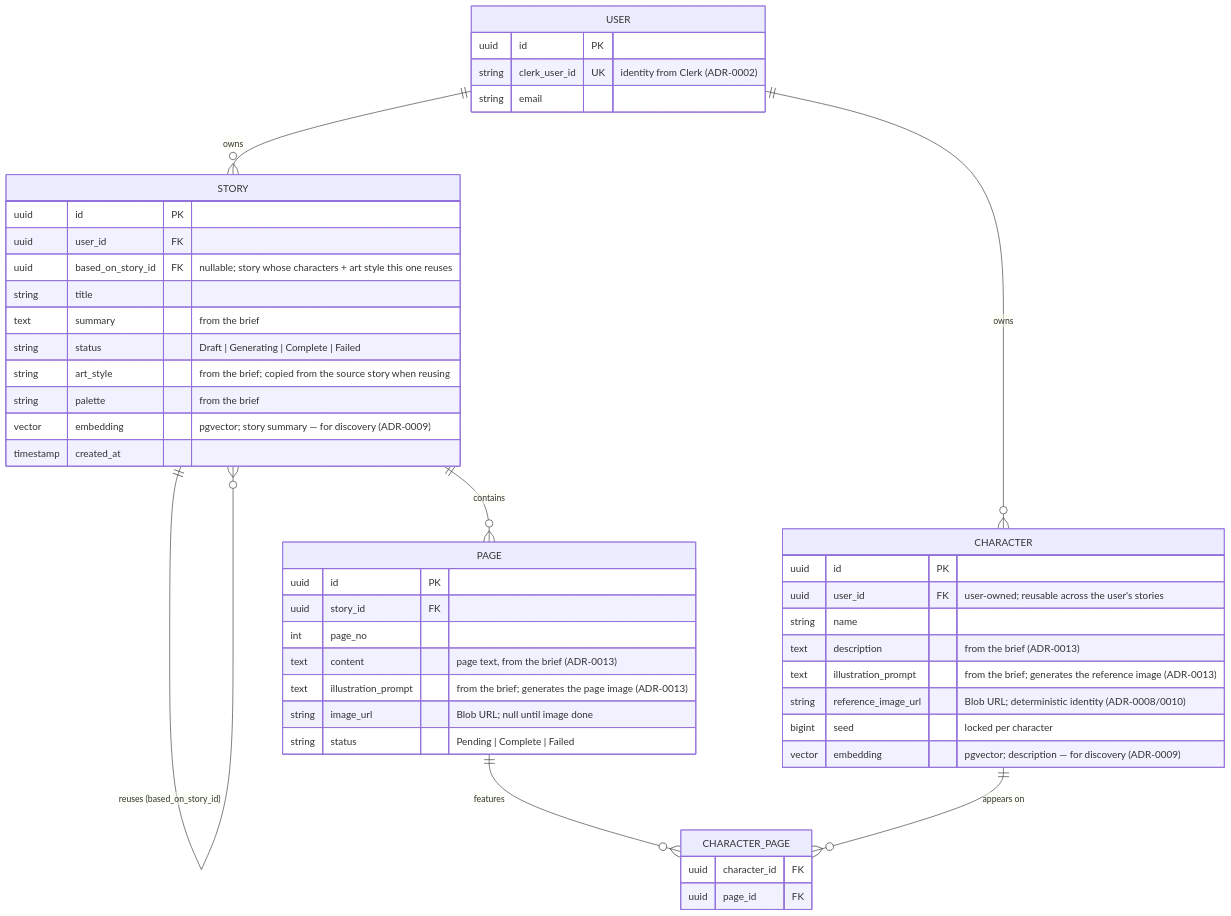
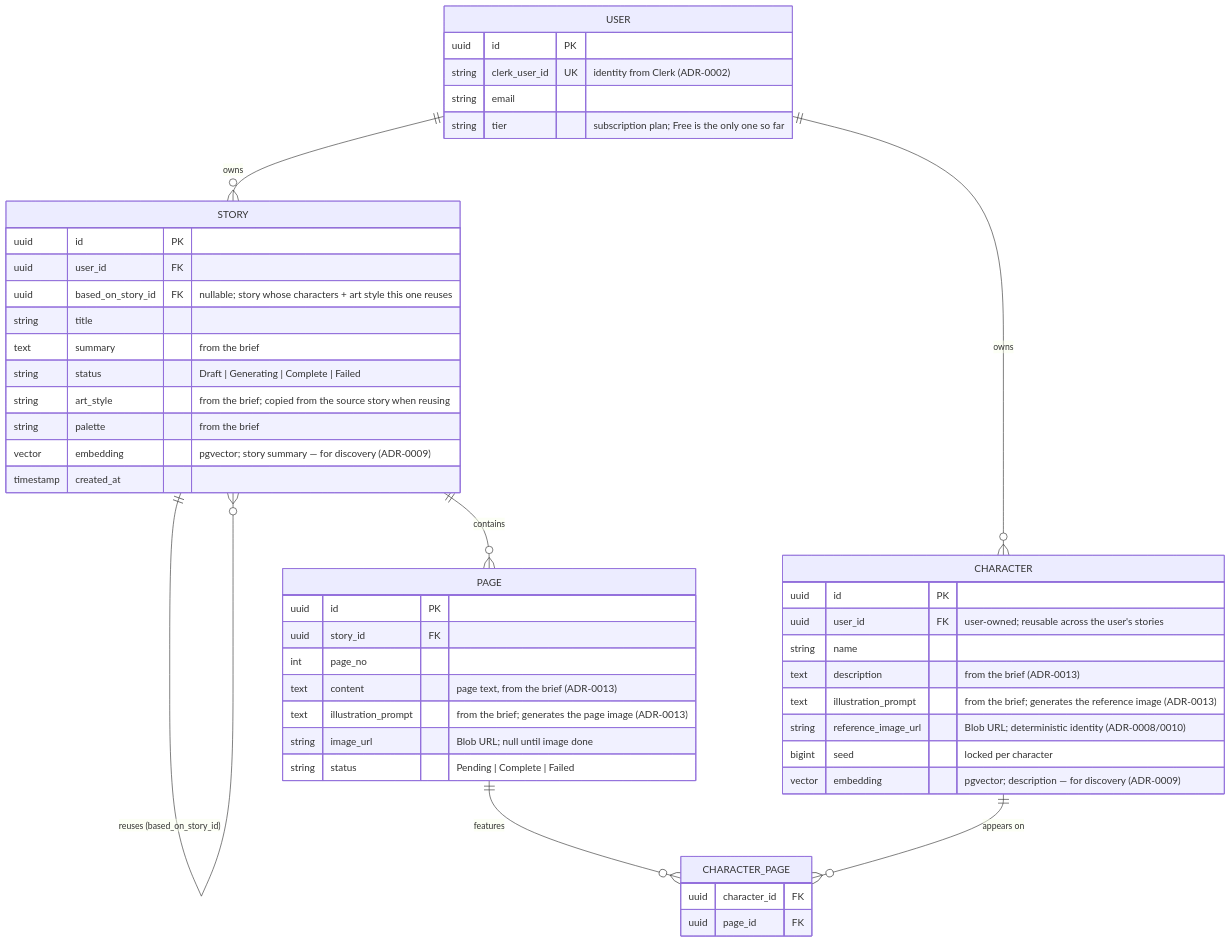
Before and after one commit to Luega/story_walker: the diagram in docs/diagrams/er-diagram.md, drawn with Mermaid. The commit also changed 7 other files, not shown here.

First line of the commit message:
DOMAIN LAYER: - add a subscription tier to every user.

````diff
--- a/docs/diagrams/er-diagram.md
+++ b/docs/diagrams/er-diagram.md
@@ -12,54 +12,55 @@
 ```mermaid
 erDiagram
     USER      ||--o{ STORY : owns
     USER      ||--o{ CHARACTER : owns
     STORY     ||--o{ STORY : "reuses (based_on_story_id)"
     STORY     ||--o{ PAGE : contains
     PAGE      ||--o{ CHARACTER_PAGE : features
     CHARACTER ||--o{ CHARACTER_PAGE : "appears on"
 
     USER {
         uuid id PK
         string clerk_user_id UK "identity from Clerk (ADR-0002)"
         string email
+        string tier "subscription plan; Free is the only one so far"
     }
 
     STORY {
         uuid id PK
         uuid user_id FK
         uuid based_on_story_id FK "nullable; story whose characters + art style this one reuses"
         string title
         text summary "from the brief"
         string status "Draft | Generating | Complete | Failed"
         string art_style "from the brief; copied from the source story when reusing"
         string palette "from the brief"
         vector embedding "pgvector; story summary — for discovery (ADR-0009)"
         timestamp created_at
     }
 
     CHARACTER {
         uuid id PK
         uuid user_id FK "user-owned; reusable across the user's stories"
         string name
         text description "from the brief (ADR-0013)"
         text illustration_prompt "from the brief; generates the reference image (ADR-0013)"
         string reference_image_url "Blob URL; deterministic identity (ADR-0008/0010)"
         bigint seed "locked per character"
         vector embedding "pgvector; description — for discovery (ADR-0009)"
     }
 
     PAGE {
         uuid id PK
         uuid story_id FK
         int page_no
         text content "page text, from the brief (ADR-0013)"
         text illustration_prompt "from the brief; generates the page image (ADR-0013)"
         string image_url "Blob URL; null until image done"
         string status "Pending | Complete | Failed"
     }
 
     CHARACTER_PAGE {
         uuid character_id FK
         uuid page_id FK
     }
 ```
````
